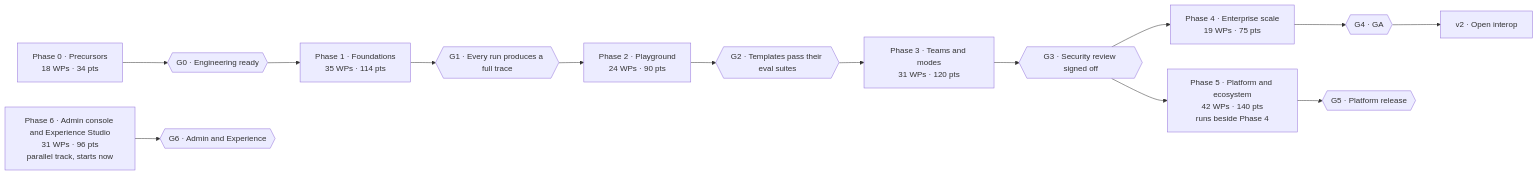
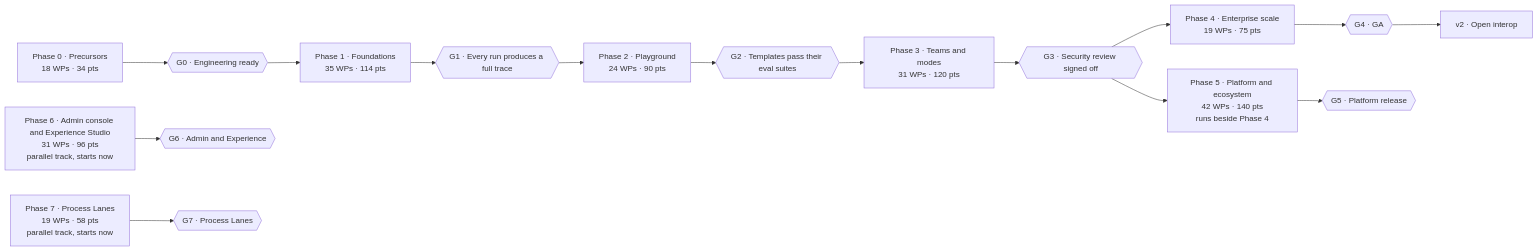
One commit to vikram2409-eng/Lanesra-OS changed the diagram in program/ROADMAP.md. Above: the diagram before and after it, drawn with Mermaid. The commit also changed other lines of this file and 36 other files, not shown here.

First line of the commit message:
plan: add Phase 7, Process Lanes

````diff
--- a/program/ROADMAP.md
+++ b/program/ROADMAP.md
@@ -9,11 +9,12 @@
 ```mermaid
 flowchart LR
   P0["Phase 0 · Precursors<br/>18 WPs · 34 pts"] --> G0{{"G0 · Engineering ready"}}
   G0 --> P1["Phase 1 · Foundations<br/>35 WPs · 114 pts"] --> G1{{"G1 · Every run produces a full trace"}}
   G1 --> P2["Phase 2 · Playground<br/>24 WPs · 90 pts"] --> G2{{"G2 · Templates pass their eval suites"}}
   G2 --> P3["Phase 3 · Teams and modes<br/>31 WPs · 120 pts"] --> G3{{"G3 · Security review signed off"}}
   G3 --> P4["Phase 4 · Enterprise scale<br/>19 WPs · 75 pts"] --> G4{{"G4 · GA"}}
   G3 --> P5["Phase 5 · Platform and ecosystem<br/>42 WPs · 140 pts<br/>runs beside Phase 4"] --> G5{{"G5 · Platform release"}}
   G4 --> V2["v2 · Open interop"]
   P6["Phase 6 · Admin console and Experience Studio<br/>31 WPs · 96 pts<br/>parallel track, starts now"] --> G6{{"G6 · Admin and Experience"}}
+  P7["Phase 7 · Process Lanes<br/>19 WPs · 58 pts<br/>parallel track, starts now"] --> G7{{"G7 · Process Lanes"}}
 ```
````
